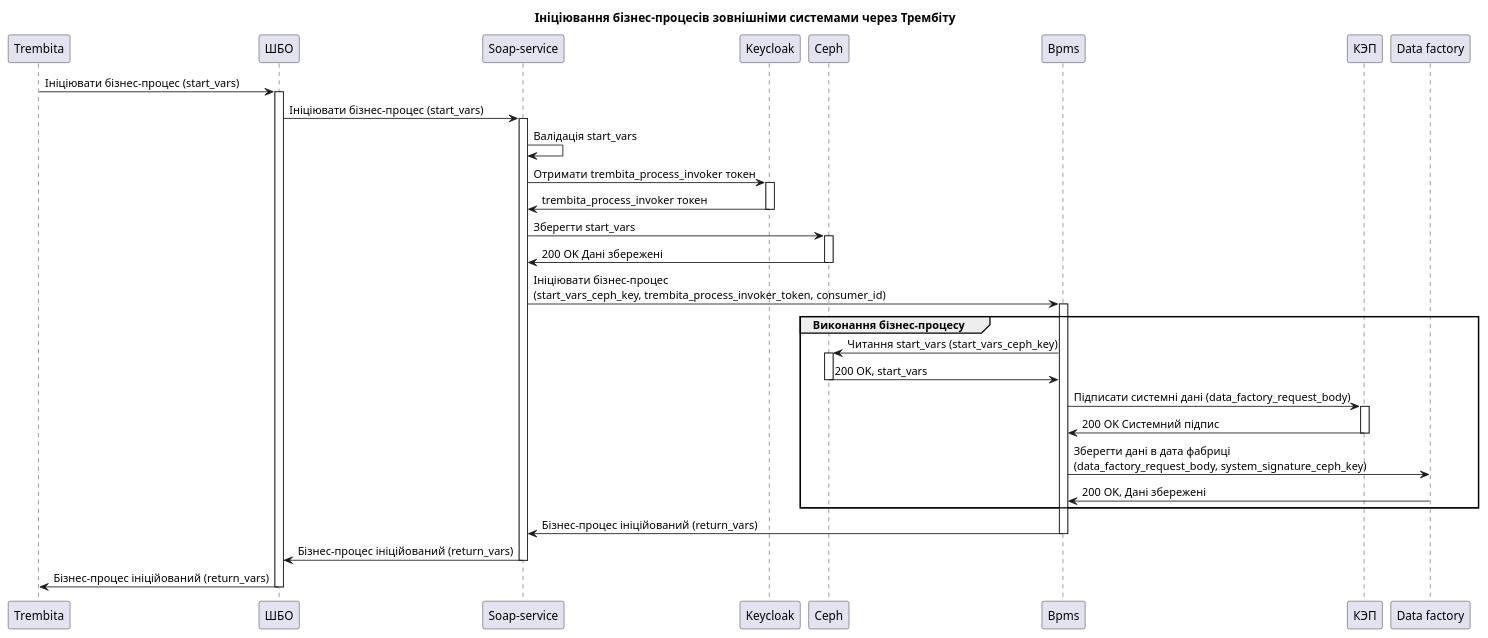
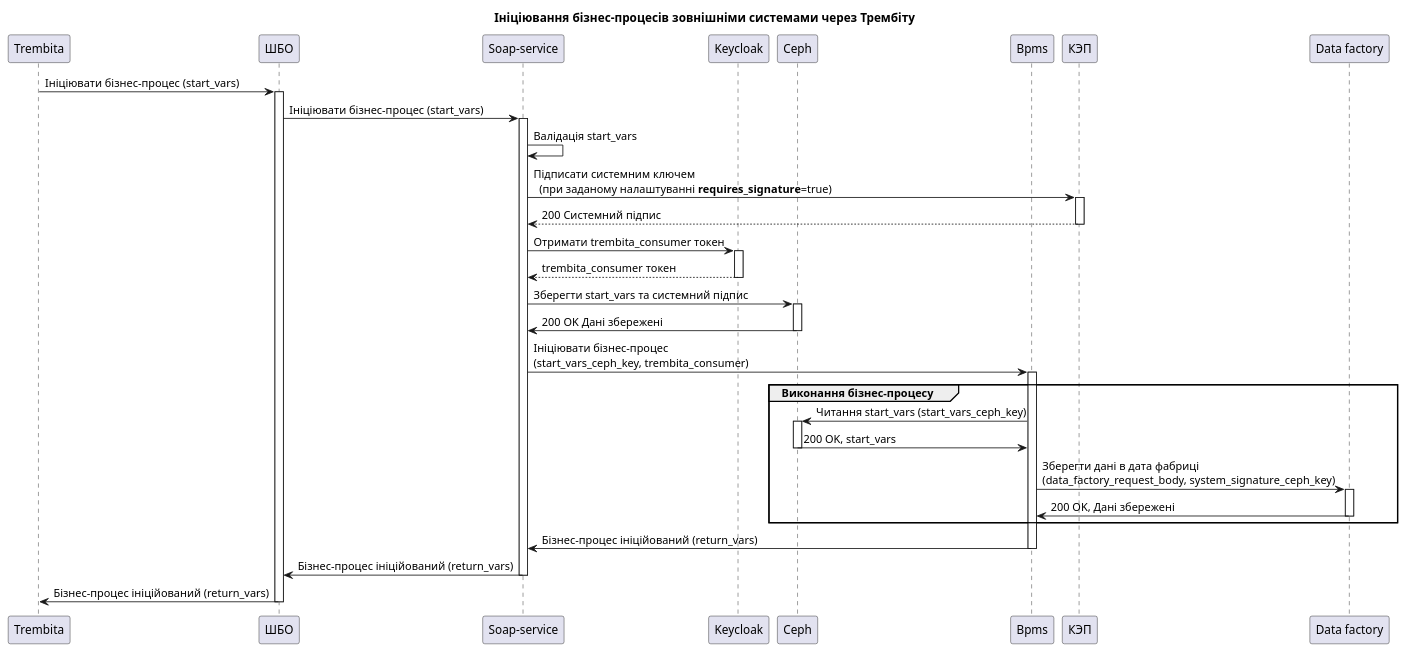
Before and after one commit to epam/edp-ddm-architecture: the diagram in modules/ROOT/pages/lowcode/trembita/external-invocation.adoc, drawn with PlantUML. The commit also changed other lines of this file and 4 other files, not shown here.

```diff
--- a/modules/ROOT/pages/lowcode/trembita/external-invocation.adoc
+++ b/modules/ROOT/pages/lowcode/trembita/external-invocation.adoc
@@ -64,48 +49,51 @@
 [plantuml,completeTaskIntegrationWithTrembita,svg]
 ----
 @startuml
 participant "Trembita" as trembita order 10
 participant "ШБО" as hbo order 20
 participant "Soap-service" as soapservice  order 30
 participant "Keycloak" as keycloak order 40
 participant "Ceph" as ceph order 50
 participant "Bpms" as bpms order 60
 participant "КЭП" as kep order 70
 participant "Data factory" as datafactory order 80
 
 title Ініціювання бізнес-процесів зовнішніми системами через Трембіту
   trembita -> hbo: Ініціювати бізнес-процес (start_vars)
   activate hbo
   hbo -> soapservice: Ініціювати бізнес-процес (start_vars)
   activate soapservice
   soapservice -> soapservice: Валідація start_vars
-  soapservice -> keycloak: Отримати trembita_process_invoker токен
+  soapservice -> kep: Підписати системним ключем \n\
+  (при заданому налаштуванні **requires_signature**=true)
+  activate kep
+  kep --> soapservice:200 Системний підпис
+  deactivate kep
+  soapservice -> keycloak: Отримати trembita_consumer токен
   activate keycloak
-  keycloak -> soapservice: trembita_process_invoker токен
+  keycloak --> soapservice: trembita_consumer токен
   deactivate keycloak
-  soapservice -> ceph: Зберегти start_vars
+  soapservice -> ceph: Зберегти start_vars та системний підпис
   activate ceph
   ceph -> soapservice: 200 OK Дані збережені
   deactivate ceph
-  soapservice -> bpms: Ініціювати бізнес-процес\n(start_vars_ceph_key, trembita_process_invoker_token, consumer_id)
+  soapservice -> bpms: Ініціювати бізнес-процес\n(start_vars_ceph_key, trembita_consumer)
   activate bpms
   group Виконання бізнес-процесу
     bpms -> ceph: Читання start_vars (start_vars_ceph_key)
     activate ceph
     ceph -> bpms: 200 OK, start_vars
     deactivate ceph
-    bpms -> kep: Підписати системні дані (data_factory_request_body)
-    activate kep
-    kep -> bpms: 200 OK Системний підпис
-    deactivate kep
     bpms -> datafactory: Зберегти дані в дата фабриці\n(data_factory_request_body, system_signature_ceph_key)
+    activate datafactory
     datafactory -> bpms: 200 OK, Дані збережені
+    deactivate datafactory
   end group
   bpms -> soapservice: Бізнес-процес ініційований (return_vars)
   deactivate bpms
   soapservice -> hbo: Бізнес-процес ініційований (return_vars)
   deactivate soapservice
   hbo -> trembita: Бізнес-процес ініційований (return_vars)
   deactivate hbo
 @enduml
 ----
```
